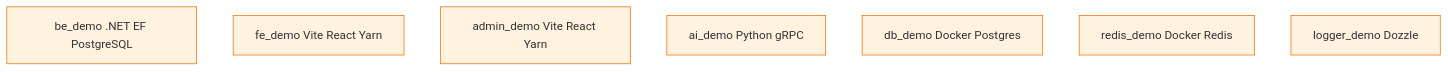
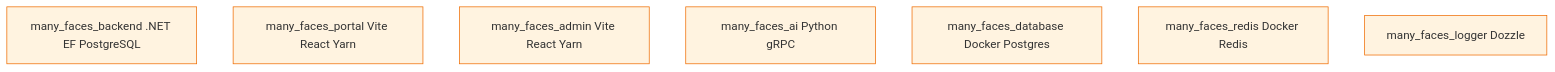
The first of 6 diagrams in docs/guides/development.md (01laky/mfai_demo), drawn with Mermaid before and after one commit. The commit also changed other lines of this file and 56 other files, not shown here.

First line of the commit message:
chore: rename submodule directories to many_faces_* paths

````diff
--- a/docs/guides/development.md
+++ b/docs/guides/development.md
@@ -24,13 +24,13 @@
 ```mermaid
 flowchart TB
-  BE[be_demo .NET EF PostgreSQL]
-  FE[fe_demo Vite React Yarn]
-  AD[admin_demo Vite React Yarn]
-  AI[ai_demo Python gRPC]
-  DB[db_demo Docker Postgres]
-  RD[redis_demo Docker Redis]
-  LG[logger_demo Dozzle]
+  BE[many_faces_backend .NET EF PostgreSQL]
+  FE[many_faces_portal Vite React Yarn]
+  AD[many_faces_admin Vite React Yarn]
+  AI[many_faces_ai Python gRPC]
+  DB[many_faces_database Docker Postgres]
+  RD[many_faces_redis Docker Redis]
+  LG[many_faces_logger Dozzle]
 
   classDef apiFill fill:#fff3e0,stroke:#ef6c00
   class BE,FE,AD,AI,DB,RD,LG apiFill
 ```
````
